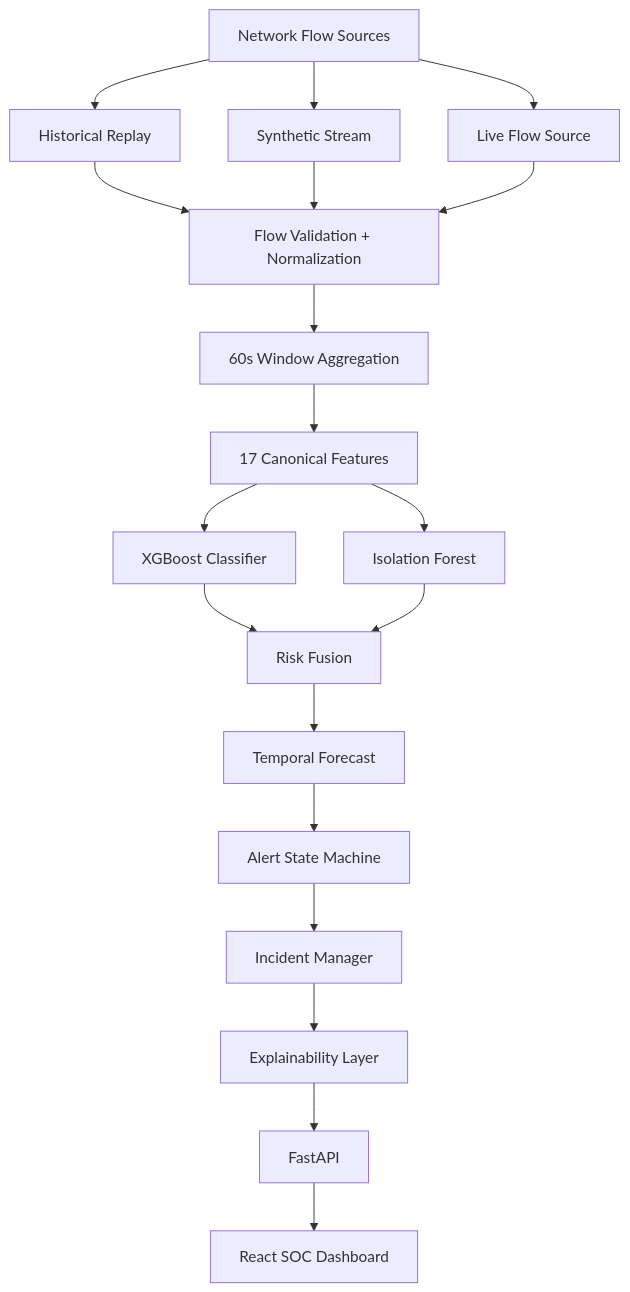
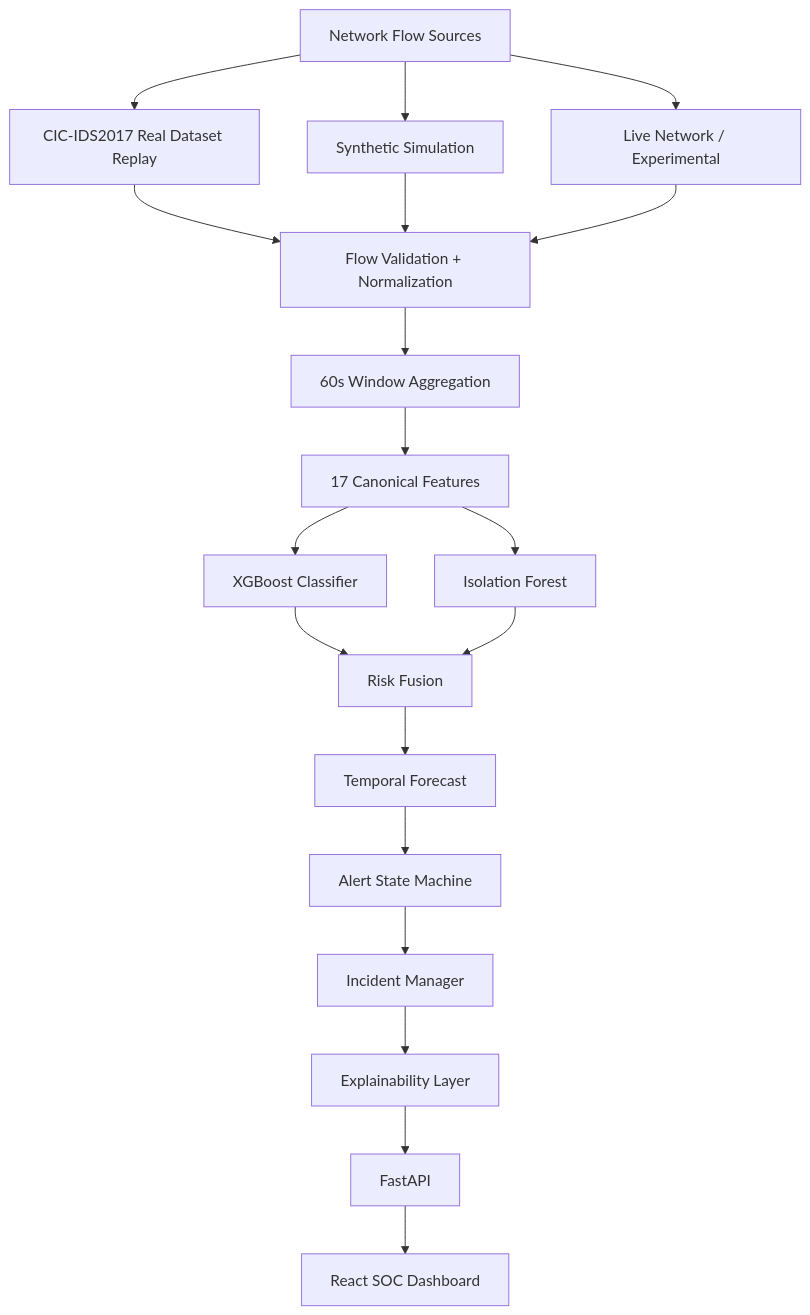
The diagram in README.md (zaid753/SentraNet), drawn with Mermaid before and after one commit. The commit also changed other lines of this file and 16 other files, not shown here.

````diff
--- a/README.md
+++ b/README.md
@@ -23,40 +41,40 @@
 ```mermaid
 flowchart TB
 
     A[Network Flow Sources]
 
-    A1[Historical Replay]
-    A2[Synthetic Stream]
-    A3[Live Flow Source]
+    A1[CIC-IDS2017 Real Dataset Replay]
+    A2[Synthetic Simulation]
+    A3[Live Network / Experimental]
 
     A --> A1
     A --> A2
     A --> A3
 
     B[Flow Validation + Normalization]
     C[60s Window Aggregation]
     D[17 Canonical Features]
 
     A1 --> B
     A2 --> B
     A3 --> B
 
     B --> C
     C --> D
 
     D --> E[XGBoost Classifier]
     D --> F[Isolation Forest]
 
     E --> G[Risk Fusion]
     F --> G
 
     G --> H[Temporal Forecast]
 
     H --> I[Alert State Machine]
     I --> J[Incident Manager]
 
     J --> K[Explainability Layer]
 
     K --> L[FastAPI]
     L --> M[React SOC Dashboard]
 ```
````
